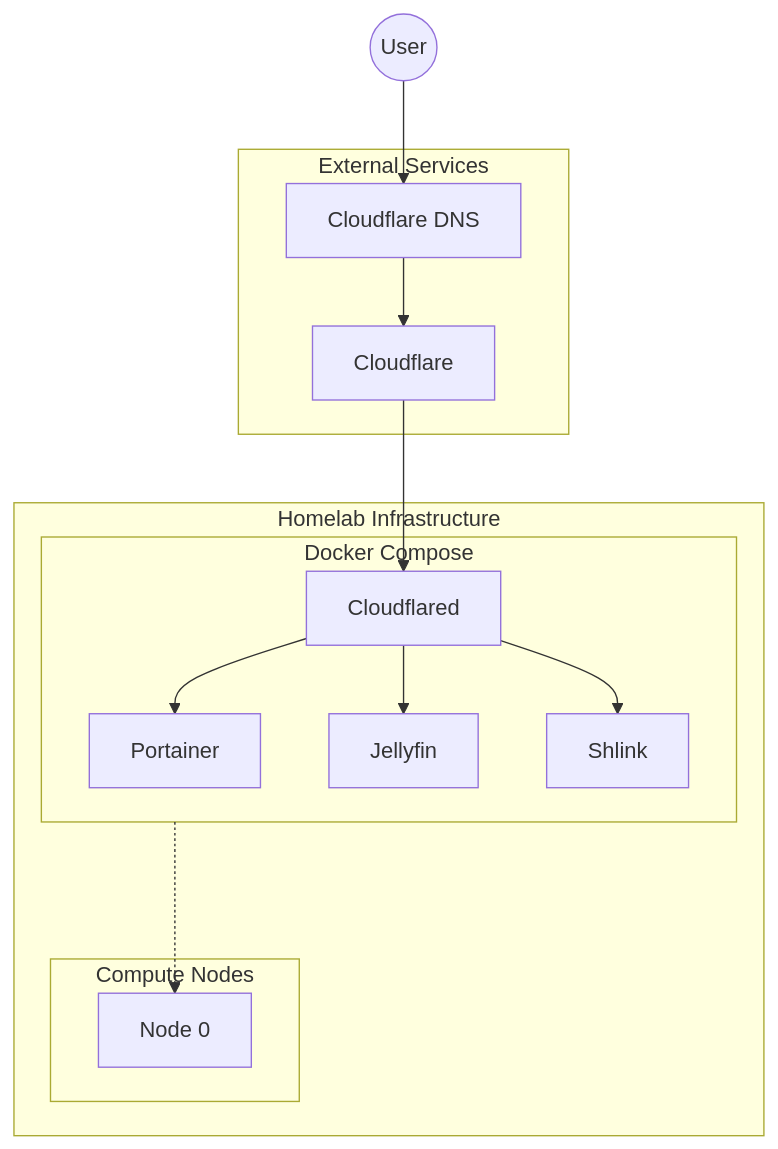
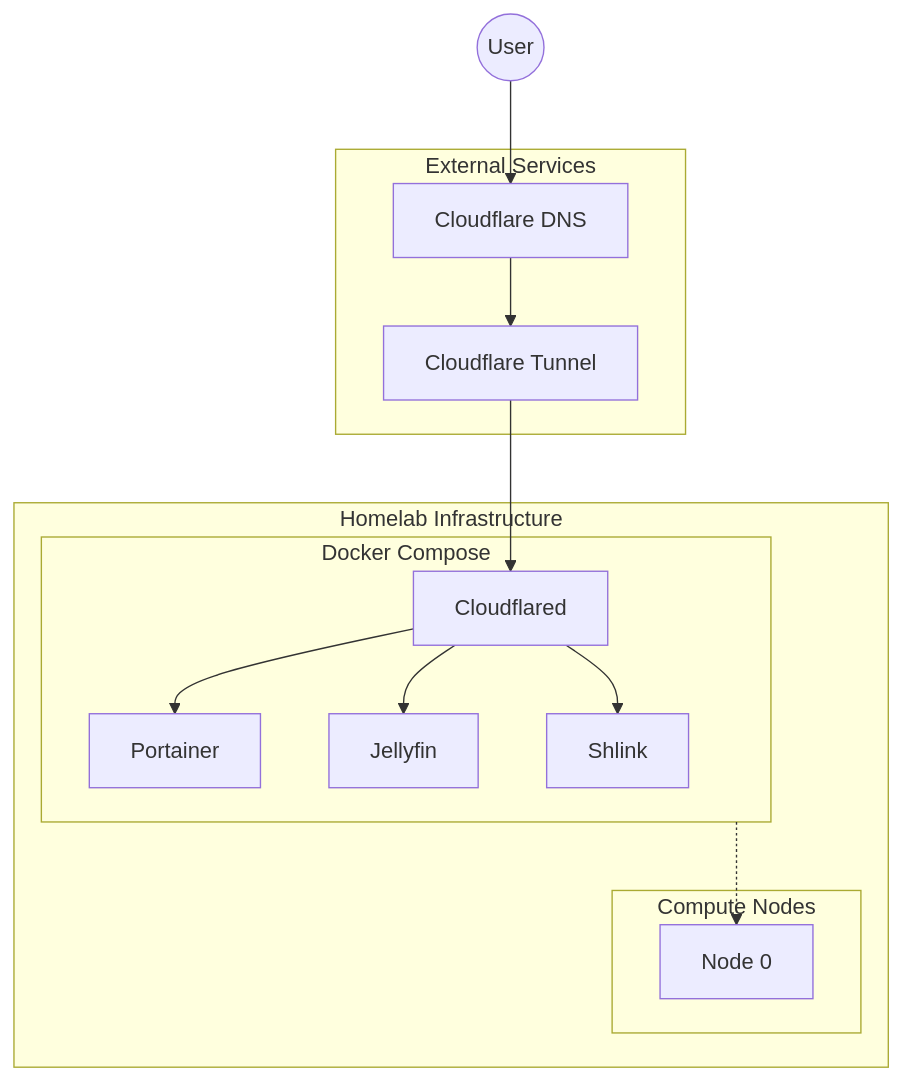
The first of 2 diagrams in content/blog/homelab-in-review.md (dbut2/dbut2.github.io), drawn with Mermaid before and after one commit.

Commit message:
Update content/blog/homelab-in-review.md (via Pages CMS)

````diff
--- a/content/blog/homelab-in-review.md
+++ b/content/blog/homelab-in-review.md
@@ -18,30 +18,30 @@
 ```mermaid
 flowchart TD
     user((User))
     
     subgraph external-services [External Services]
-        cloudflare[Cloudflare]
         cloudflare-dns[Cloudflare DNS]
+        cloudflare[Cloudflare Tunnel]
     end
     
     subgraph homelab [Homelab Infrastructure]
-        subgraph compute-nodes [Compute Nodes]
-            node0[Node 0]
-        end
+        subgraph compose [Docker Compose]
+            cloudflared[Cloudflared]
 
-        subgraph compose [Docker Compose]
             service-1[Portainer]
             service-2[Jellyfin]
             service-3[Shlink]
+        end
 
-            cloudflared[Cloudflared]
+        subgraph compute-nodes [Compute Nodes]
+            node0[Node 0]
         end
     end
     
     user --> cloudflare-dns
     cloudflare-dns --> cloudflare
     cloudflare --> cloudflared
     cloudflared --> service-1 & service-2 & service-3
 
     compose -..-> node0
 ```
````
